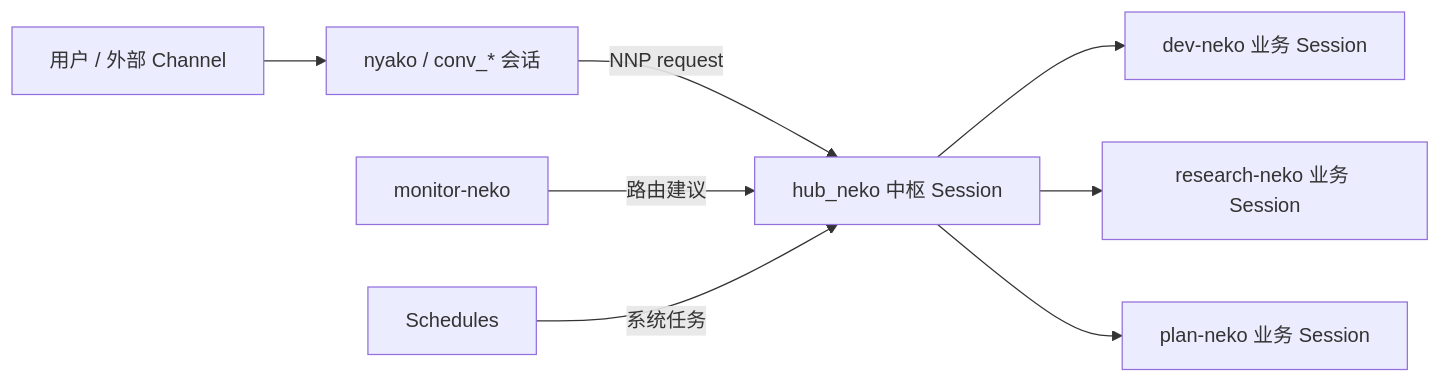
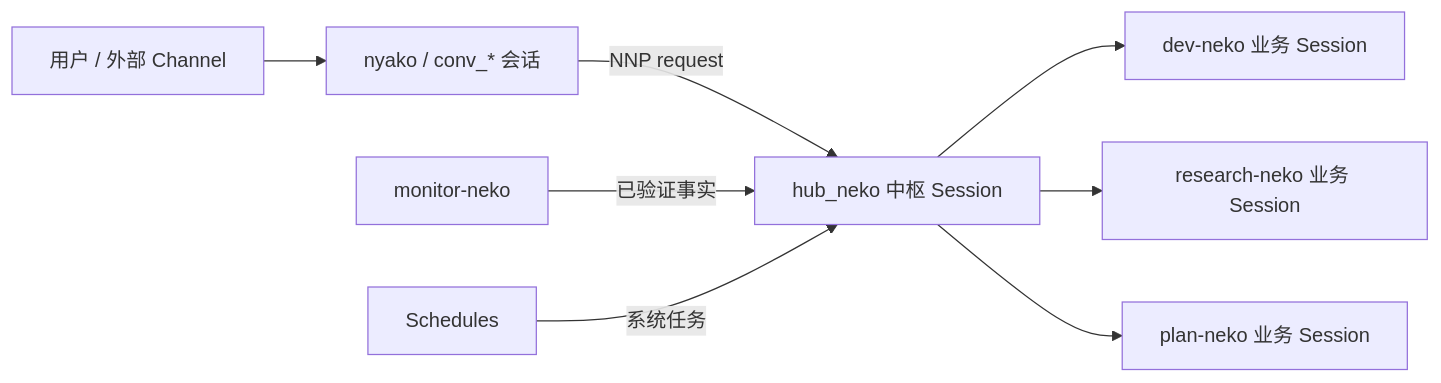
The diagram in README.md (ShigureLab/nyako), drawn with Mermaid before and after one commit. The commit also changed other lines of this file and 40 other files, not shown here.

````diff
--- a/README.md
+++ b/README.md
@@ -37,10 +37,10 @@
 ```mermaid
 flowchart LR
     U["用户 / 外部 Channel"] --> C["nyako / conv_* 会话"]
     C -->|"NNP request"| H["hub_neko 中枢 Session"]
-    M["monitor-neko"] -->|"路由建议"| H
+    M["monitor-neko"] -->|"已验证事实"| H
     S["Schedules"] -->|"系统任务"| H
     H --> D["dev-neko 业务 Session"]
     H --> R["research-neko 业务 Session"]
     H --> P["plan-neko 业务 Session"]
 ```
````
